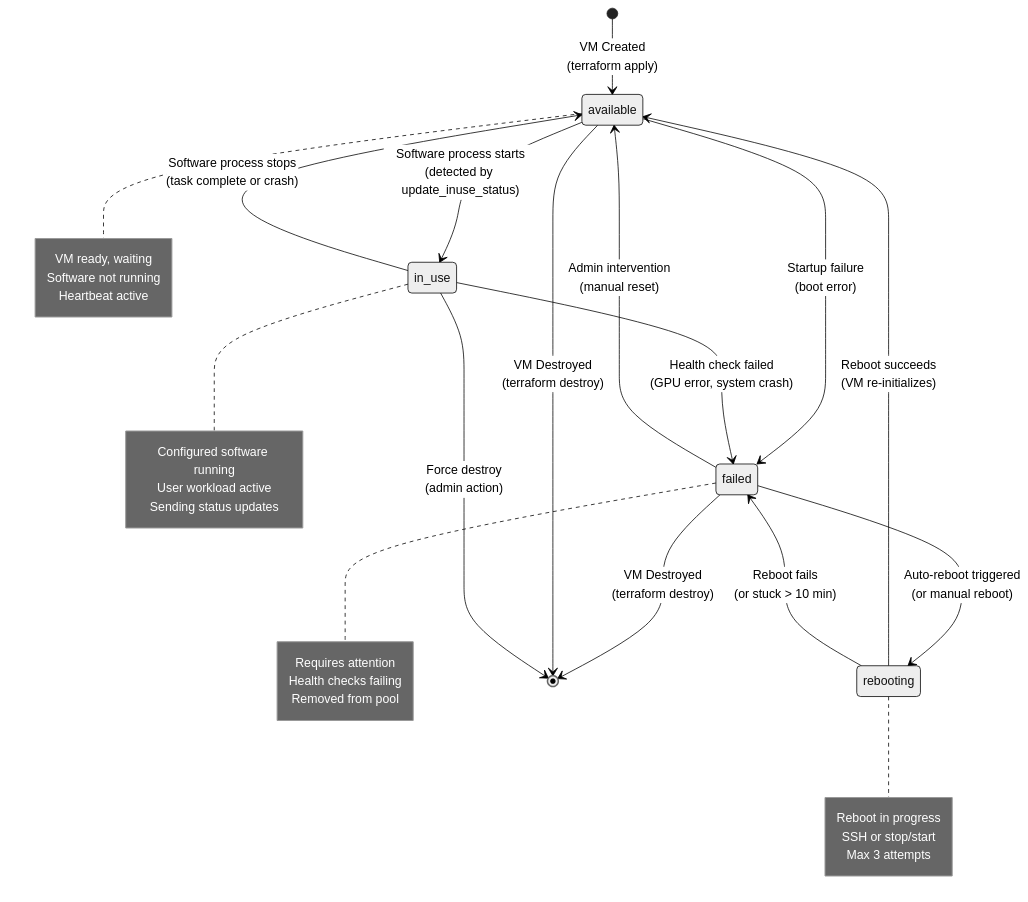
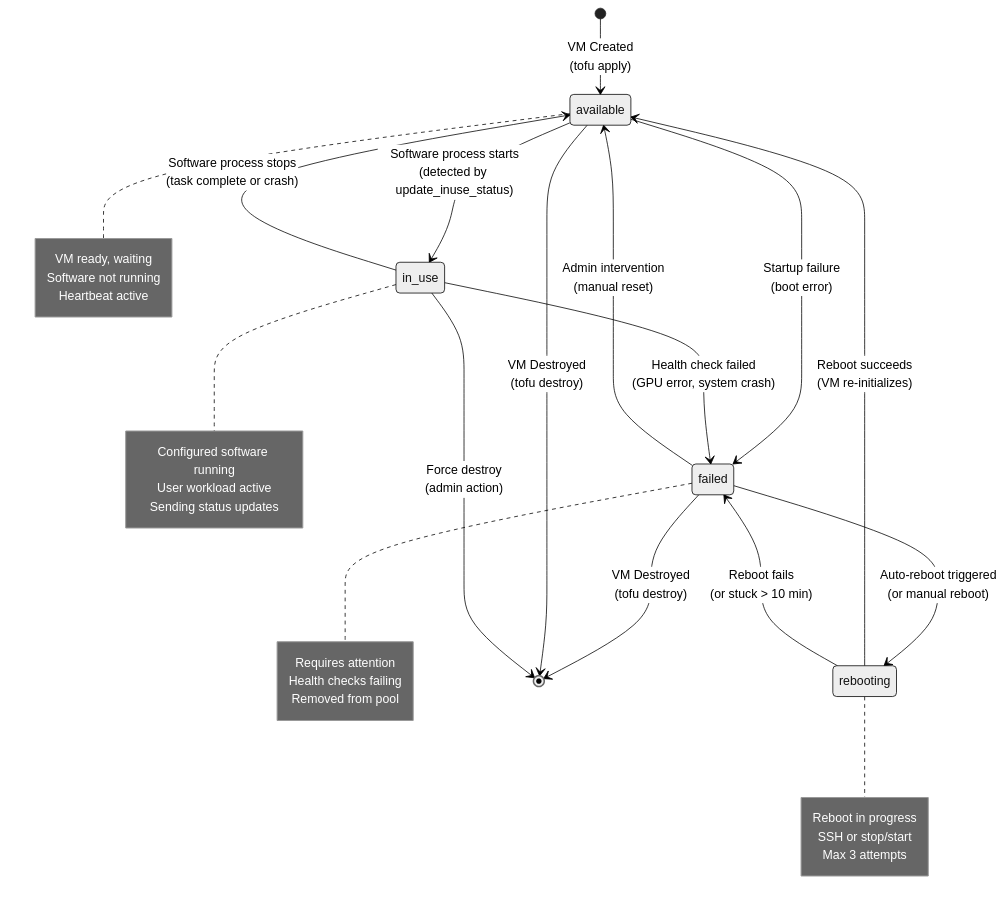
One commit to talmolab/lablink changed the second of 5 diagrams in docs/architecture.md. Above: the diagram before and after it, drawn with Mermaid (neutral theme). The commit also changed other lines of this file and 23 other files, not shown here.

First line of the commit message:
docs: rewrite Terraform as OpenTofu across the documentation (#447)

````diff
--- a/docs/architecture.md
+++ b/docs/architecture.md
@@ -262,43 +262,43 @@
 ```mermaid
 stateDiagram-v2
-    [*] --> available: VM Created<br/>(terraform apply)
+    [*] --> available: VM Created<br/>(tofu apply)
 
     available --> in_use: Software process starts<br/>(detected by update_inuse_status)
     in_use --> available: Software process stops<br/>(task complete or crash)
 
     available --> failed: Startup failure<br/>(boot error)
     in_use --> failed: Health check failed<br/>(GPU error, system crash)
 
     failed --> rebooting: Auto-reboot triggered<br/>(or manual reboot)
     rebooting --> available: Reboot succeeds<br/>(VM re-initializes)
     rebooting --> failed: Reboot fails<br/>(or stuck > 10 min)
 
     failed --> available: Admin intervention<br/>(manual reset)
-    failed --> [*]: VM Destroyed<br/>(terraform destroy)
-    available --> [*]: VM Destroyed<br/>(terraform destroy)
+    failed --> [*]: VM Destroyed<br/>(tofu destroy)
+    available --> [*]: VM Destroyed<br/>(tofu destroy)
     in_use --> [*]: Force destroy<br/>(admin action)
 
     note right of available
         VM ready, waiting
         Software not running
         Heartbeat active
     end note
 
     note right of in_use
         Configured software running
         User workload active
         Sending status updates
     end note
 
     note right of failed
         Requires attention
         Health checks failing
         Removed from pool
     end note
 
     note right of rebooting
         Reboot in progress
         SSH or stop/start
         Max 3 attempts
     end note
 ```
````
